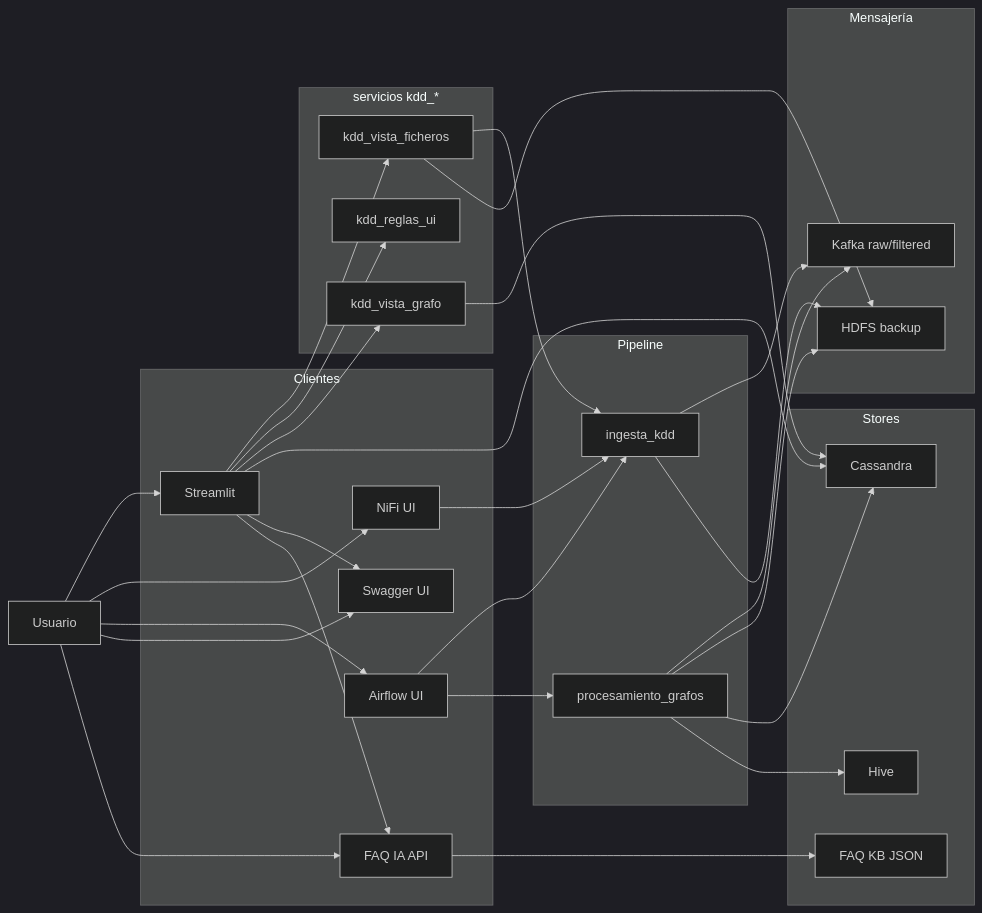
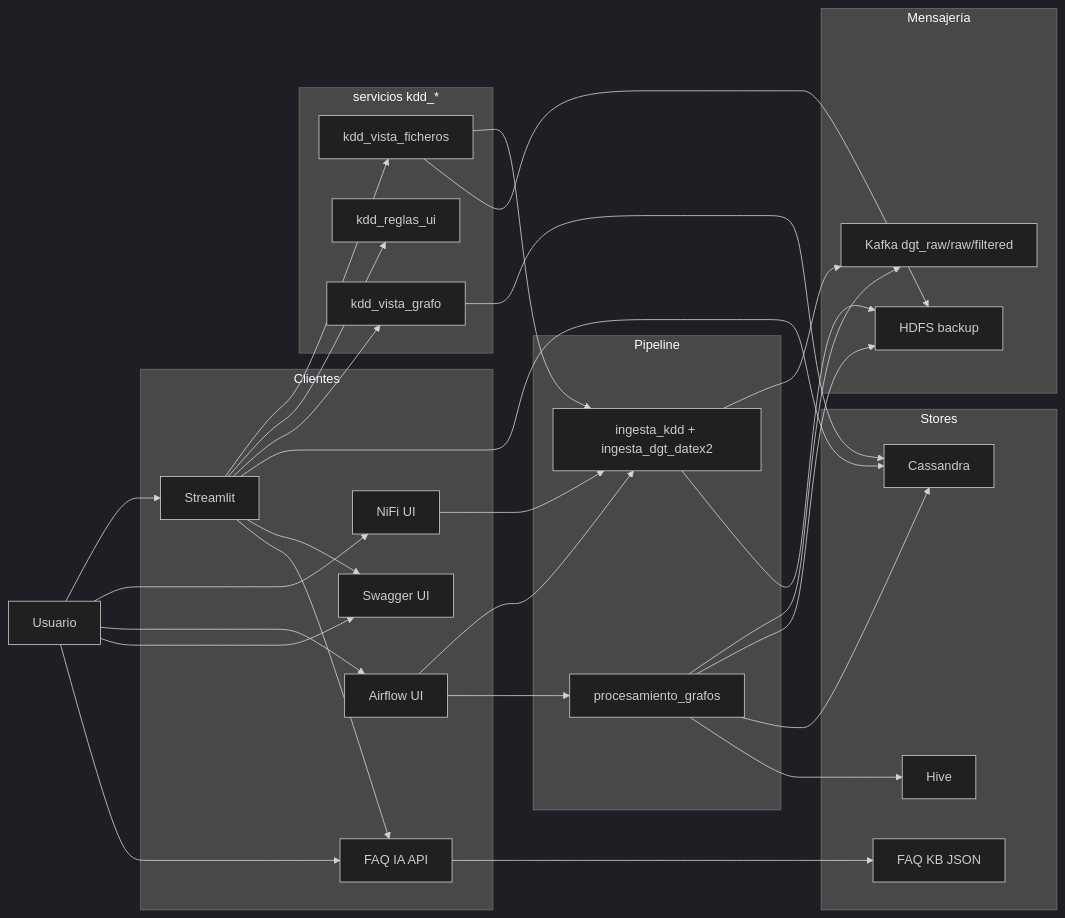
Before and after one commit to gracobjo/proyecto_transporte_global_standalone: the second of 16 diagrams in docs/DIAGRAMAS_MERMAID.md, drawn with Mermaid (dark theme). The commit also changed other lines of this file and 31 other files, not shown here.

First line of the commit message:
feat(dgt/nifi/docs): integrar DATEX2 DGT en el pipeline

````diff
--- a/docs/DIAGRAMAS_MERMAID.md
+++ b/docs/DIAGRAMAS_MERMAID.md
@@ -63,53 +68,53 @@
 ```mermaid
 flowchart LR
   U[Usuario]
   subgraph Clientes
     ST[Streamlit]
     N[NiFi UI]
     A[Airflow UI]
     SW[Swagger UI]
     FQ[FAQ IA API]
   end
   subgraph UI_KDD[servicios kdd_*]
     VF[kdd_vista_ficheros]
     VR[kdd_reglas_ui]
     VG[kdd_vista_grafo]
   end
   subgraph Pipeline
-    I[ingesta_kdd]
+    I[ingesta_kdd + ingesta_dgt_datex2]
     P[procesamiento_grafos]
   end
   subgraph Mensajería
-    K[Kafka raw/filtered]
+    K[Kafka dgt_raw/raw/filtered]
     H[HDFS backup]
   end
   subgraph Stores
     C[Cassandra]
     V[Hive]
     KB[FAQ KB JSON]
   end
   U --> ST
   U --> N
   U --> A
   U --> SW
   U --> FQ
   ST --> VF
   ST --> VR
   ST --> VG
   VF --> I
   VF --> H
   VG --> C
   N --> I
   A --> I
   A --> P
   I --> K
   I --> H
   P --> K
   P --> H
   P --> C
   P --> V
   ST --> C
   ST --> SW
   ST --> FQ
   FQ --> KB
 ```
````
